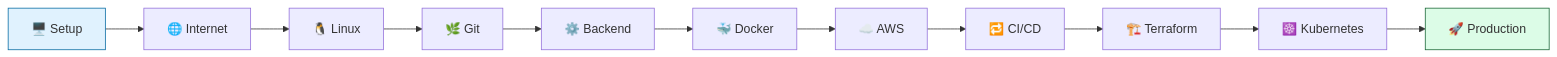
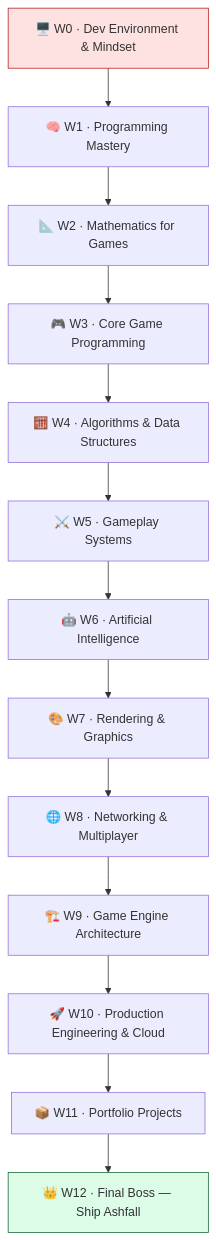
Before and after one commit to raghavpatpatia/cloud-engineer-bootcamp: the diagram in README.md, drawn with Mermaid. The commit also changed other lines of this file and 218 other files, not shown here.

````diff
--- a/README.md
+++ b/README.md
@@ -23,15 +27,17 @@
 ```mermaid
-flowchart LR
-    A["🖥️ Setup"] --> B["🌐 Internet"]
-    B --> C["🐧 Linux"]
-    C --> D["🌿 Git"]
-    D --> E["⚙️ Backend"]
-    E --> F["🐳 Docker"]
-    F --> G["☁️ AWS"]
-    G --> H["🔁 CI/CD"]
-    H --> I["🏗️ Terraform"]
-    I --> J["☸️ Kubernetes"]
-    J --> K["🚀 Production"]
-    style A fill:#e0f2fe,stroke:#0369a1
-    style K fill:#dcfce7,stroke:#166534
+flowchart TD
+    W0["🖥️ W0 · Dev Environment & Mindset"] --> W1["🧠 W1 · Programming Mastery"]
+    W1 --> W2["📐 W2 · Mathematics for Games"]
+    W2 --> W3["🎮 W3 · Core Game Programming"]
+    W3 --> W4["🧮 W4 · Algorithms & Data Structures"]
+    W4 --> W5["⚔️ W5 · Gameplay Systems"]
+    W5 --> W6["🤖 W6 · Artificial Intelligence"]
+    W6 --> W7["🎨 W7 · Rendering & Graphics"]
+    W7 --> W8["🌐 W8 · Networking & Multiplayer"]
+    W8 --> W9["🏗️ W9 · Game Engine Architecture"]
+    W9 --> W10["🚀 W10 · Production Engineering & Cloud"]
+    W10 --> W11["📦 W11 · Portfolio Projects"]
+    W11 --> W12["👑 W12 · Final Boss — Ship Ashfall"]
+    style W0 fill:#fee2e2,stroke:#b91c1c
+    style W12 fill:#dcfce7,stroke:#166534
 ```
````
